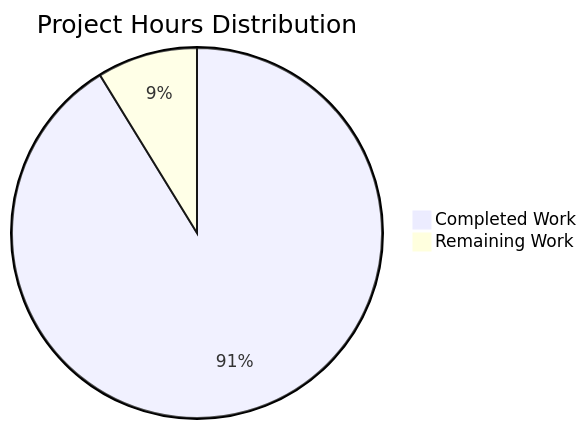
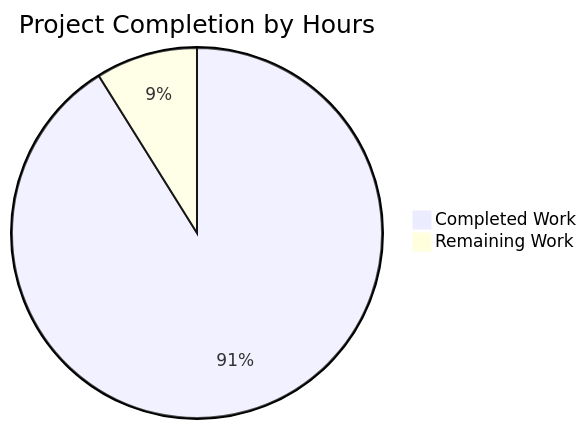
Before and after one commit to lakshya-blitzy/hello_world_lakshya_github: the diagram in blitzy/documentation/Project Guide.md, drawn with Mermaid. The commit also changed other lines of this file, not shown here.

Commit message:
Adding Blitzy Project Guide: Project Status and Human Tasks Remaining

````diff
--- a/blitzy/documentation/Project Guide.md
+++ b/blitzy/documentation/Project Guide.md
@@ -34,5 +43,5 @@
 ```mermaid
-pie title Project Hours Distribution
-    "Completed Work" : 26
-    "Remaining Work" : 2.5
+pie title Project Completion by Hours
+    "Completed Work" : 41
+    "Remaining Work" : 4
 ```
````
